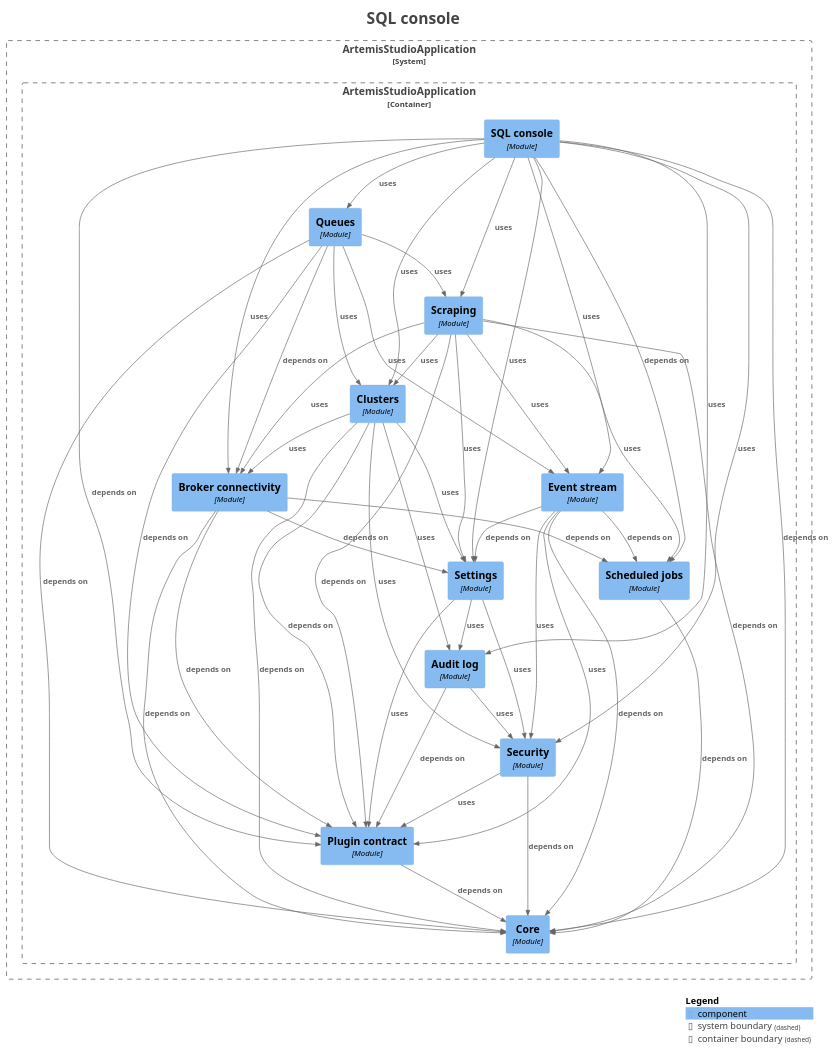
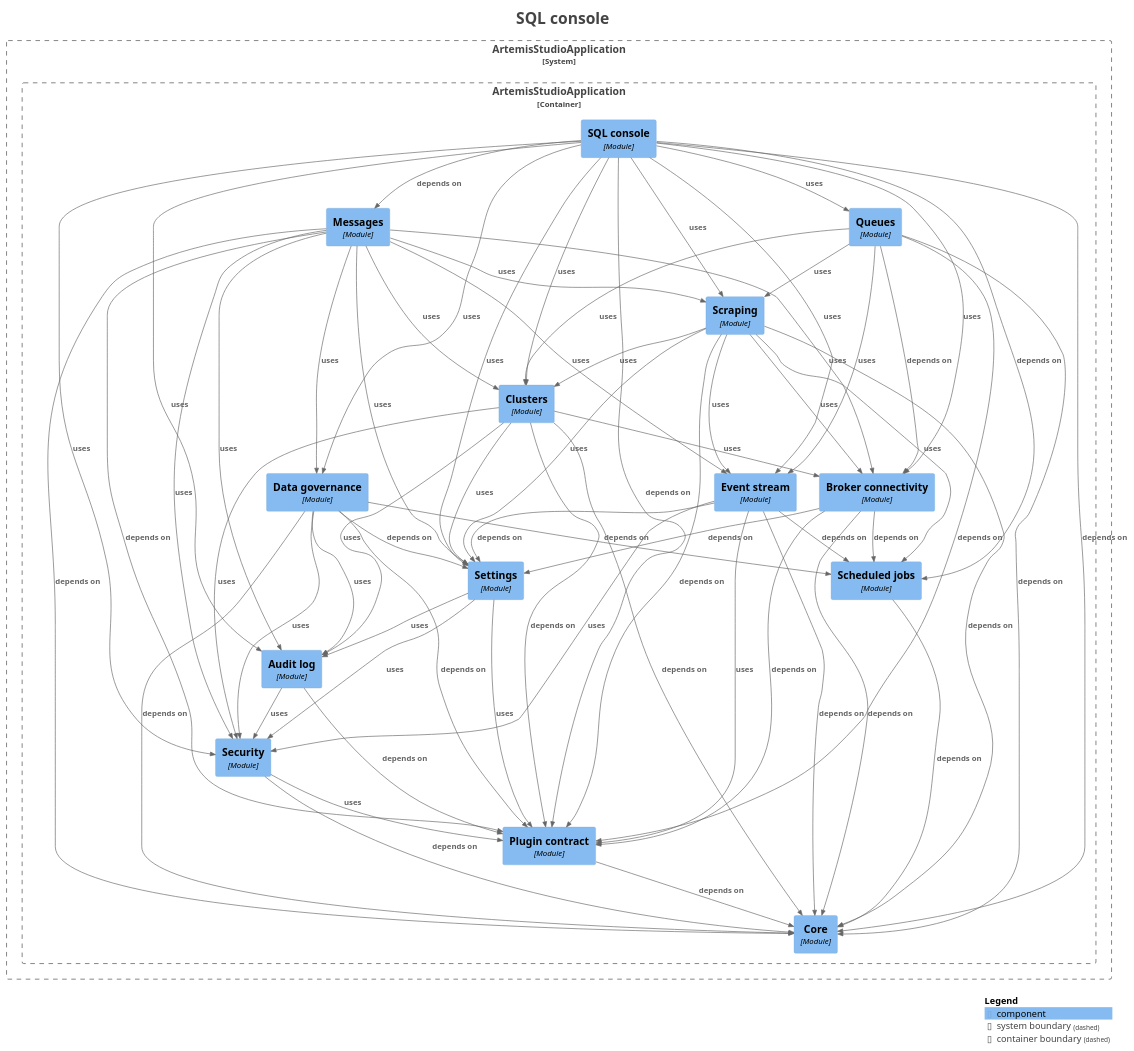
The diagram in docs/modules/module-feature.sql.puml (sudoitir/artemis-studio), drawn with PlantUML before and after one commit. The commit also changed 54 other files, not shown here.

```diff
--- a/docs/modules/module-feature.sql.puml
+++ b/docs/modules/module-feature.sql.puml
@@ -1,87 +1,107 @@
 @startuml
 title <size:24>SQL console</size>
 
 set separator none
 top to bottom direction
 
 <style>
   root {
     BackgroundColor: #ffffff
     FontColor: #444444
   }
 </style>
 
 !include <C4/C4>
 !include <C4/C4_Context>
 !include <C4/C4_Component>
 
 System_Boundary("ArtemisStudioApplication_boundary", "ArtemisStudioApplication", $tags="") {
   Container_Boundary("ArtemisStudioApplication.ArtemisStudioApplication_boundary", "ArtemisStudioApplication", $tags="") {
     Component(ArtemisStudioApplication.ArtemisStudioApplication.Settings, "Settings", $techn="Module", $descr="", $tags="", $link="")
     Component(ArtemisStudioApplication.ArtemisStudioApplication.Eventstream, "Event stream", $techn="Module", $descr="", $tags="", $link="")
     Component(ArtemisStudioApplication.ArtemisStudioApplication.Brokerconnectivity, "Broker connectivity", $techn="Module", $descr="", $tags="", $link="")
+    Component(ArtemisStudioApplication.ArtemisStudioApplication.Datagovernance, "Data governance", $techn="Module", $descr="", $tags="", $link="")
     Component(ArtemisStudioApplication.ArtemisStudioApplication.Clusters, "Clusters", $techn="Module", $descr="", $tags="", $link="")
     Component(ArtemisStudioApplication.ArtemisStudioApplication.Scraping, "Scraping", $techn="Module", $descr="", $tags="", $link="")
+    Component(ArtemisStudioApplication.ArtemisStudioApplication.Messages, "Messages", $techn="Module", $descr="", $tags="", $link="")
     Component(ArtemisStudioApplication.ArtemisStudioApplication.Queues, "Queues", $techn="Module", $descr="", $tags="", $link="")
     Component(ArtemisStudioApplication.ArtemisStudioApplication.SQLconsole, "SQL console", $techn="Module", $descr="", $tags="", $link="")
     Component(ArtemisStudioApplication.ArtemisStudioApplication.Core, "Core", $techn="Module", $descr="", $tags="", $link="")
     Component(ArtemisStudioApplication.ArtemisStudioApplication.Scheduledjobs, "Scheduled jobs", $techn="Module", $descr="", $tags="", $link="")
     Component(ArtemisStudioApplication.ArtemisStudioApplication.Plugincontract, "Plugin contract", $techn="Module", $descr="", $tags="", $link="")
     Component(ArtemisStudioApplication.ArtemisStudioApplication.Security, "Security", $techn="Module", $descr="", $tags="", $link="")
     Component(ArtemisStudioApplication.ArtemisStudioApplication.Auditlog, "Audit log", $techn="Module", $descr="", $tags="", $link="")
   }
 
 }
 
 Rel(ArtemisStudioApplication.ArtemisStudioApplication.Auditlog, ArtemisStudioApplication.ArtemisStudioApplication.Plugincontract, "depends on", $techn="", $tags="", $link="")
 Rel(ArtemisStudioApplication.ArtemisStudioApplication.Auditlog, ArtemisStudioApplication.ArtemisStudioApplication.Security, "uses", $techn="", $tags="", $link="")
 Rel(ArtemisStudioApplication.ArtemisStudioApplication.Brokerconnectivity, ArtemisStudioApplication.ArtemisStudioApplication.Core, "depends on", $techn="", $tags="", $link="")
 Rel(ArtemisStudioApplication.ArtemisStudioApplication.Brokerconnectivity, ArtemisStudioApplication.ArtemisStudioApplication.Plugincontract, "depends on", $techn="", $tags="", $link="")
 Rel(ArtemisStudioApplication.ArtemisStudioApplication.Brokerconnectivity, ArtemisStudioApplication.ArtemisStudioApplication.Scheduledjobs, "depends on", $techn="", $tags="", $link="")
 Rel(ArtemisStudioApplication.ArtemisStudioApplication.Brokerconnectivity, ArtemisStudioApplication.ArtemisStudioApplication.Settings, "depends on", $techn="", $tags="", $link="")
 Rel(ArtemisStudioApplication.ArtemisStudioApplication.Clusters, ArtemisStudioApplication.ArtemisStudioApplication.Auditlog, "uses", $techn="", $tags="", $link="")
 Rel(ArtemisStudioApplication.ArtemisStudioApplication.Clusters, ArtemisStudioApplication.ArtemisStudioApplication.Brokerconnectivity, "uses", $techn="", $tags="", $link="")
 Rel(ArtemisStudioApplication.ArtemisStudioApplication.Clusters, ArtemisStudioApplication.ArtemisStudioApplication.Core, "depends on", $techn="", $tags="", $link="")
 Rel(ArtemisStudioApplication.ArtemisStudioApplication.Clusters, ArtemisStudioApplication.ArtemisStudioApplication.Plugincontract, "depends on", $techn="", $tags="", $link="")
 Rel(ArtemisStudioApplication.ArtemisStudioApplication.Clusters, ArtemisStudioApplication.ArtemisStudioApplication.Security, "uses", $techn="", $tags="", $link="")
 Rel(ArtemisStudioApplication.ArtemisStudioApplication.Clusters, ArtemisStudioApplication.ArtemisStudioApplication.Settings, "uses", $techn="", $tags="", $link="")
+Rel(ArtemisStudioApplication.ArtemisStudioApplication.Datagovernance, ArtemisStudioApplication.ArtemisStudioApplication.Auditlog, "uses", $techn="", $tags="", $link="")
+Rel(ArtemisStudioApplication.ArtemisStudioApplication.Datagovernance, ArtemisStudioApplication.ArtemisStudioApplication.Core, "depends on", $techn="", $tags="", $link="")
+Rel(ArtemisStudioApplication.ArtemisStudioApplication.Datagovernance, ArtemisStudioApplication.ArtemisStudioApplication.Plugincontract, "depends on", $techn="", $tags="", $link="")
+Rel(ArtemisStudioApplication.ArtemisStudioApplication.Datagovernance, ArtemisStudioApplication.ArtemisStudioApplication.Scheduledjobs, "depends on", $techn="", $tags="", $link="")
+Rel(ArtemisStudioApplication.ArtemisStudioApplication.Datagovernance, ArtemisStudioApplication.ArtemisStudioApplication.Security, "uses", $techn="", $tags="", $link="")
+Rel(ArtemisStudioApplication.ArtemisStudioApplication.Datagovernance, ArtemisStudioApplication.ArtemisStudioApplication.Settings, "depends on", $techn="", $tags="", $link="")
 Rel(ArtemisStudioApplication.ArtemisStudioApplication.Eventstream, ArtemisStudioApplication.ArtemisStudioApplication.Core, "depends on", $techn="", $tags="", $link="")
 Rel(ArtemisStudioApplication.ArtemisStudioApplication.Eventstream, ArtemisStudioApplication.ArtemisStudioApplication.Plugincontract, "uses", $techn="", $tags="", $link="")
 Rel(ArtemisStudioApplication.ArtemisStudioApplication.Eventstream, ArtemisStudioApplication.ArtemisStudioApplication.Scheduledjobs, "depends on", $techn="", $tags="", $link="")
 Rel(ArtemisStudioApplication.ArtemisStudioApplication.Eventstream, ArtemisStudioApplication.ArtemisStudioApplication.Security, "uses", $techn="", $tags="", $link="")
 Rel(ArtemisStudioApplication.ArtemisStudioApplication.Eventstream, ArtemisStudioApplication.ArtemisStudioApplication.Settings, "depends on", $techn="", $tags="", $link="")
+Rel(ArtemisStudioApplication.ArtemisStudioApplication.Messages, ArtemisStudioApplication.ArtemisStudioApplication.Auditlog, "uses", $techn="", $tags="", $link="")
+Rel(ArtemisStudioApplication.ArtemisStudioApplication.Messages, ArtemisStudioApplication.ArtemisStudioApplication.Brokerconnectivity, "uses", $techn="", $tags="", $link="")
+Rel(ArtemisStudioApplication.ArtemisStudioApplication.Messages, ArtemisStudioApplication.ArtemisStudioApplication.Clusters, "uses", $techn="", $tags="", $link="")
+Rel(ArtemisStudioApplication.ArtemisStudioApplication.Messages, ArtemisStudioApplication.ArtemisStudioApplication.Core, "depends on", $techn="", $tags="", $link="")
+Rel(ArtemisStudioApplication.ArtemisStudioApplication.Messages, ArtemisStudioApplication.ArtemisStudioApplication.Datagovernance, "uses", $techn="", $tags="", $link="")
+Rel(ArtemisStudioApplication.ArtemisStudioApplication.Messages, ArtemisStudioApplication.ArtemisStudioApplication.Eventstream, "uses", $techn="", $tags="", $link="")
+Rel(ArtemisStudioApplication.ArtemisStudioApplication.Messages, ArtemisStudioApplication.ArtemisStudioApplication.Plugincontract, "depends on", $techn="", $tags="", $link="")
+Rel(ArtemisStudioApplication.ArtemisStudioApplication.Messages, ArtemisStudioApplication.ArtemisStudioApplication.Scraping, "uses", $techn="", $tags="", $link="")
+Rel(ArtemisStudioApplication.ArtemisStudioApplication.Messages, ArtemisStudioApplication.ArtemisStudioApplication.Security, "uses", $techn="", $tags="", $link="")
+Rel(ArtemisStudioApplication.ArtemisStudioApplication.Messages, ArtemisStudioApplication.ArtemisStudioApplication.Settings, "uses", $techn="", $tags="", $link="")
 Rel(ArtemisStudioApplication.ArtemisStudioApplication.Plugincontract, ArtemisStudioApplication.ArtemisStudioApplication.Core, "depends on", $techn="", $tags="", $link="")
 Rel(ArtemisStudioApplication.ArtemisStudioApplication.Queues, ArtemisStudioApplication.ArtemisStudioApplication.Brokerconnectivity, "depends on", $techn="", $tags="", $link="")
 Rel(ArtemisStudioApplication.ArtemisStudioApplication.Queues, ArtemisStudioApplication.ArtemisStudioApplication.Clusters, "uses", $techn="", $tags="", $link="")
 Rel(ArtemisStudioApplication.ArtemisStudioApplication.Queues, ArtemisStudioApplication.ArtemisStudioApplication.Core, "depends on", $techn="", $tags="", $link="")
 Rel(ArtemisStudioApplication.ArtemisStudioApplication.Queues, ArtemisStudioApplication.ArtemisStudioApplication.Eventstream, "uses", $techn="", $tags="", $link="")
 Rel(ArtemisStudioApplication.ArtemisStudioApplication.Queues, ArtemisStudioApplication.ArtemisStudioApplication.Plugincontract, "depends on", $techn="", $tags="", $link="")
 Rel(ArtemisStudioApplication.ArtemisStudioApplication.Queues, ArtemisStudioApplication.ArtemisStudioApplication.Scraping, "uses", $techn="", $tags="", $link="")
 Rel(ArtemisStudioApplication.ArtemisStudioApplication.SQLconsole, ArtemisStudioApplication.ArtemisStudioApplication.Auditlog, "uses", $techn="", $tags="", $link="")
 Rel(ArtemisStudioApplication.ArtemisStudioApplication.SQLconsole, ArtemisStudioApplication.ArtemisStudioApplication.Brokerconnectivity, "uses", $techn="", $tags="", $link="")
 Rel(ArtemisStudioApplication.ArtemisStudioApplication.SQLconsole, ArtemisStudioApplication.ArtemisStudioApplication.Clusters, "uses", $techn="", $tags="", $link="")
 Rel(ArtemisStudioApplication.ArtemisStudioApplication.SQLconsole, ArtemisStudioApplication.ArtemisStudioApplication.Core, "depends on", $techn="", $tags="", $link="")
+Rel(ArtemisStudioApplication.ArtemisStudioApplication.SQLconsole, ArtemisStudioApplication.ArtemisStudioApplication.Datagovernance, "uses", $techn="", $tags="", $link="")
 Rel(ArtemisStudioApplication.ArtemisStudioApplication.SQLconsole, ArtemisStudioApplication.ArtemisStudioApplication.Eventstream, "uses", $techn="", $tags="", $link="")
+Rel(ArtemisStudioApplication.ArtemisStudioApplication.SQLconsole, ArtemisStudioApplication.ArtemisStudioApplication.Messages, "depends on", $techn="", $tags="", $link="")
 Rel(ArtemisStudioApplication.ArtemisStudioApplication.SQLconsole, ArtemisStudioApplication.ArtemisStudioApplication.Plugincontract, "depends on", $techn="", $tags="", $link="")
 Rel(ArtemisStudioApplication.ArtemisStudioApplication.SQLconsole, ArtemisStudioApplication.ArtemisStudioApplication.Queues, "uses", $techn="", $tags="", $link="")
 Rel(ArtemisStudioApplication.ArtemisStudioApplication.SQLconsole, ArtemisStudioApplication.ArtemisStudioApplication.Scheduledjobs, "depends on", $techn="", $tags="", $link="")
 Rel(ArtemisStudioApplication.ArtemisStudioApplication.SQLconsole, ArtemisStudioApplication.ArtemisStudioApplication.Scraping, "uses", $techn="", $tags="", $link="")
 Rel(ArtemisStudioApplication.ArtemisStudioApplication.SQLconsole, ArtemisStudioApplication.ArtemisStudioApplication.Security, "uses", $techn="", $tags="", $link="")
 Rel(ArtemisStudioApplication.ArtemisStudioApplication.SQLconsole, ArtemisStudioApplication.ArtemisStudioApplication.Settings, "uses", $techn="", $tags="", $link="")
 Rel(ArtemisStudioApplication.ArtemisStudioApplication.Scheduledjobs, ArtemisStudioApplication.ArtemisStudioApplication.Core, "depends on", $techn="", $tags="", $link="")
 Rel(ArtemisStudioApplication.ArtemisStudioApplication.Scraping, ArtemisStudioApplication.ArtemisStudioApplication.Brokerconnectivity, "uses", $techn="", $tags="", $link="")
 Rel(ArtemisStudioApplication.ArtemisStudioApplication.Scraping, ArtemisStudioApplication.ArtemisStudioApplication.Clusters, "uses", $techn="", $tags="", $link="")
 Rel(ArtemisStudioApplication.ArtemisStudioApplication.Scraping, ArtemisStudioApplication.ArtemisStudioApplication.Core, "depends on", $techn="", $tags="", $link="")
 Rel(ArtemisStudioApplication.ArtemisStudioApplication.Scraping, ArtemisStudioApplication.ArtemisStudioApplication.Eventstream, "uses", $techn="", $tags="", $link="")
 Rel(ArtemisStudioApplication.ArtemisStudioApplication.Scraping, ArtemisStudioApplication.ArtemisStudioApplication.Plugincontract, "depends on", $techn="", $tags="", $link="")
 Rel(ArtemisStudioApplication.ArtemisStudioApplication.Scraping, ArtemisStudioApplication.ArtemisStudioApplication.Scheduledjobs, "uses", $techn="", $tags="", $link="")
 Rel(ArtemisStudioApplication.ArtemisStudioApplication.Scraping, ArtemisStudioApplication.ArtemisStudioApplication.Settings, "uses", $techn="", $tags="", $link="")
 Rel(ArtemisStudioApplication.ArtemisStudioApplication.Security, ArtemisStudioApplication.ArtemisStudioApplication.Core, "depends on", $techn="", $tags="", $link="")
 Rel(ArtemisStudioApplication.ArtemisStudioApplication.Security, ArtemisStudioApplication.ArtemisStudioApplication.Plugincontract, "uses", $techn="", $tags="", $link="")
 Rel(ArtemisStudioApplication.ArtemisStudioApplication.Settings, ArtemisStudioApplication.ArtemisStudioApplication.Auditlog, "uses", $techn="", $tags="", $link="")
 Rel(ArtemisStudioApplication.ArtemisStudioApplication.Settings, ArtemisStudioApplication.ArtemisStudioApplication.Plugincontract, "uses", $techn="", $tags="", $link="")
 Rel(ArtemisStudioApplication.ArtemisStudioApplication.Settings, ArtemisStudioApplication.ArtemisStudioApplication.Security, "uses", $techn="", $tags="", $link="")
 
 SHOW_LEGEND(true)
 hide stereotypes
 @enduml
```
